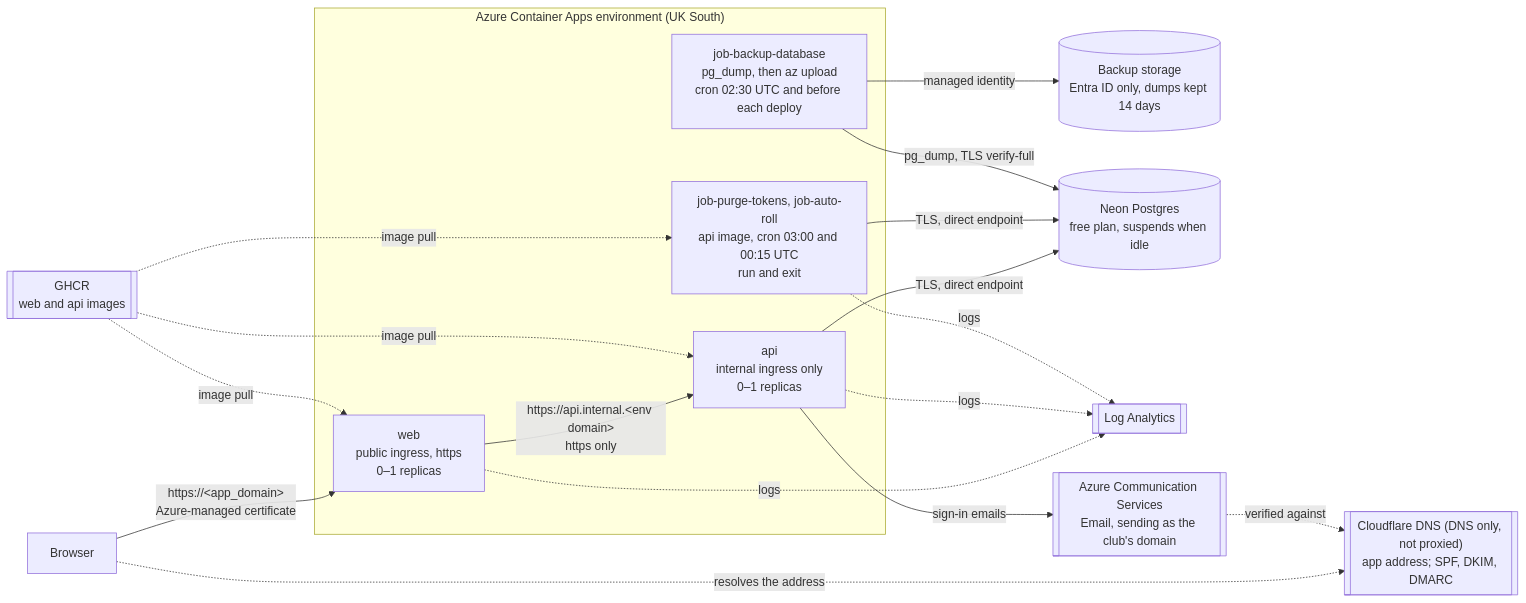
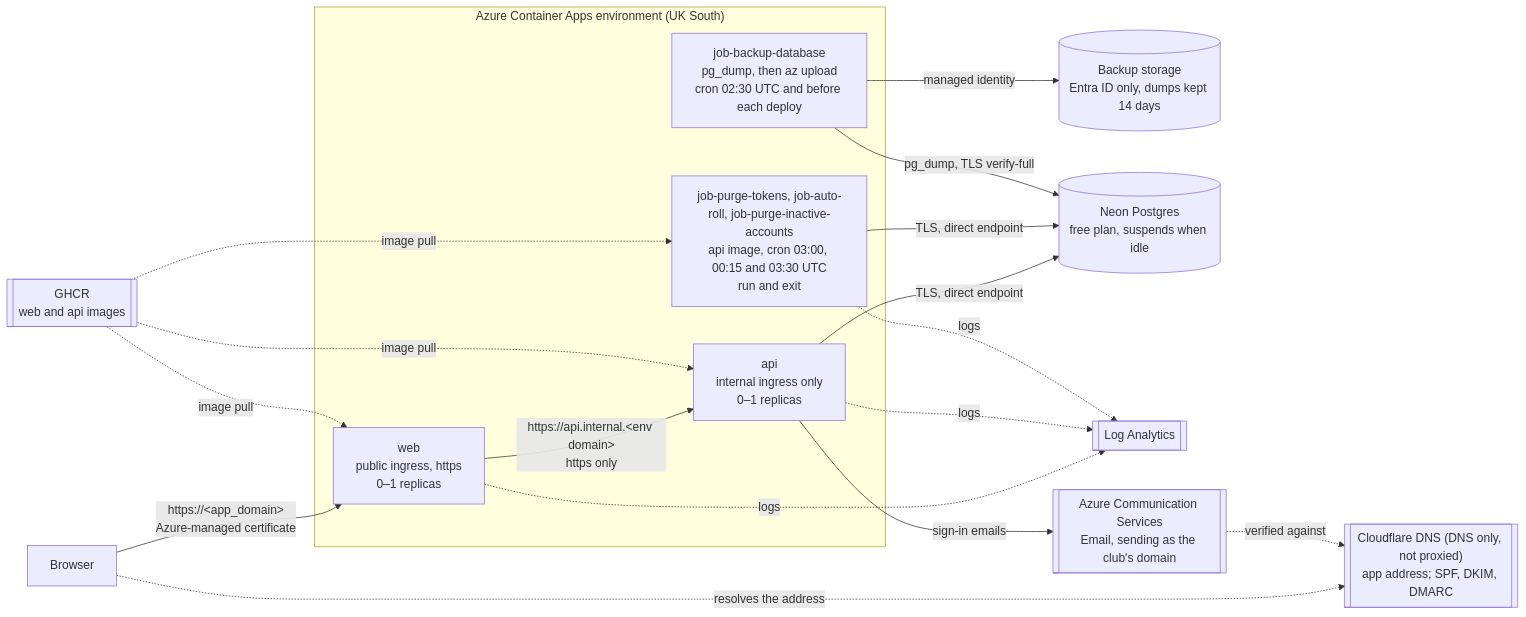
The seventh of 12 diagrams in docs/architecture.md (l1em1on1/social-tennis), drawn with Mermaid before and after one commit. The commit also changed other lines of this file and 9 other files, not shown here.

````diff
--- a/docs/architecture.md
+++ b/docs/architecture.md
@@ -365,28 +365,28 @@
 ```mermaid
 flowchart LR
     B[Browser]
     subgraph aca ["Azure Container Apps environment (UK South)"]
         W["web<br/>public ingress, https<br/>0–1 replicas"]
         A["api<br/>internal ingress only<br/>0–1 replicas"]
-        J["job-purge-tokens, job-auto-roll<br/>api image, cron 03:00 and 00:15 UTC<br/>run and exit"]
+        J["job-purge-tokens, job-auto-roll, job-purge-inactive-accounts<br/>api image, cron 03:00, 00:15 and 03:30 UTC<br/>run and exit"]
         K["job-backup-database<br/>pg_dump, then az upload<br/>cron 02:30 UTC and before each deploy"]
     end
     S[("Backup storage<br/>Entra ID only, dumps kept 14 days")]
     N[("Neon Postgres<br/>free plan, suspends when idle")]
     G[["GHCR<br/>web and api images"]]
     L[["Log Analytics"]]
     M[["Azure Communication Services<br/>Email, sending as the club's domain"]]
     C[["Cloudflare DNS (DNS only, not proxied)<br/>app address; SPF, DKIM, DMARC"]]
 
     B -->|"https://&lt;app_domain&gt;<br/>Azure-managed certificate"| W
     B -.->|"resolves the address"| C
     W -->|"https://api.internal.&lt;env domain&gt;<br/>https only"| A
     A -->|"TLS, direct endpoint"| N
     J -->|"TLS, direct endpoint"| N
     K -->|"pg_dump, TLS verify-full"| N
     K -->|"managed identity"| S
     G -.->|"image pull"| W & A & J
     W & A & J -.->|"logs"| L
     A -->|"sign-in emails"| M
     M -.->|"verified against"| C
 ```
````
